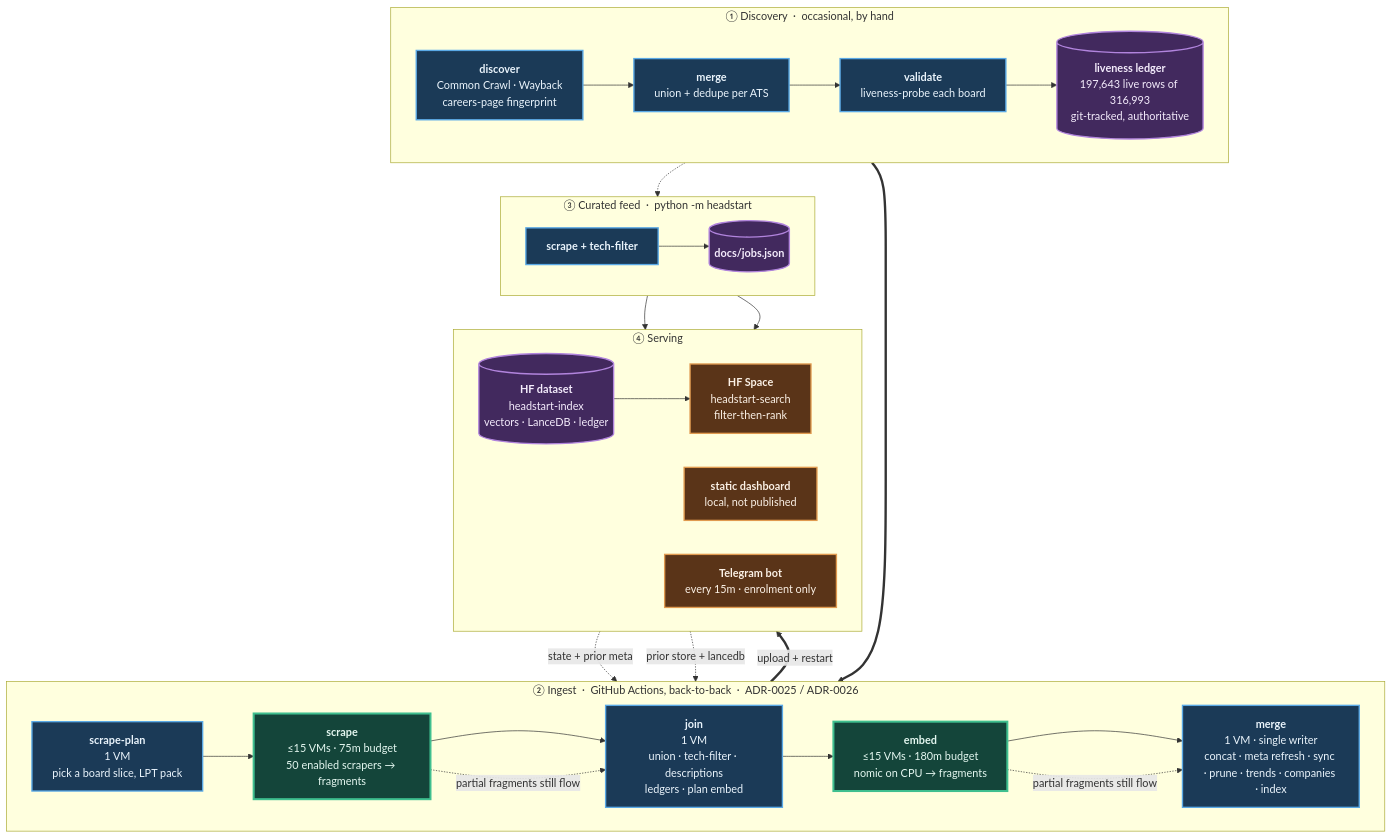
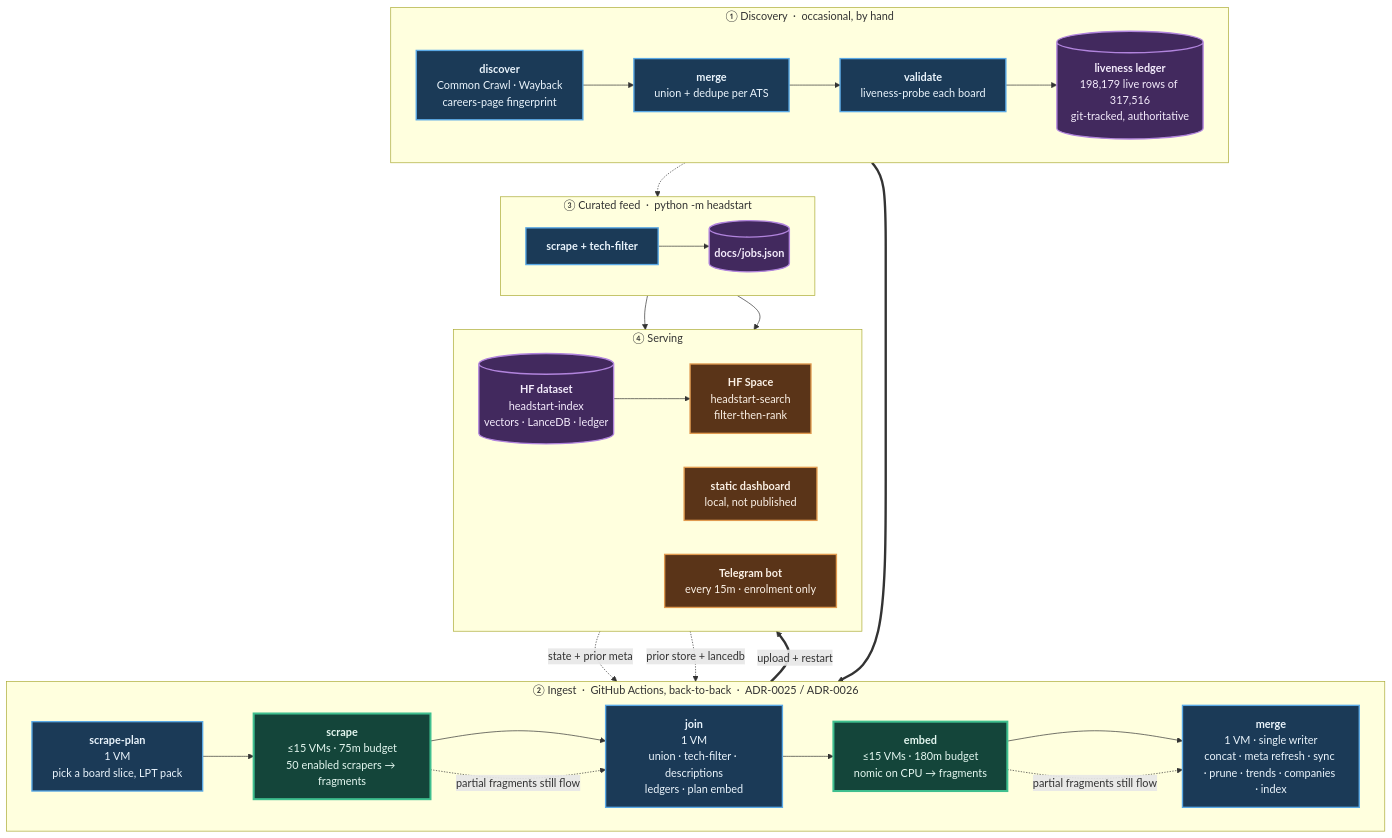
One commit to sarthakjain004/headstart changed the diagram in README.md. Above: the diagram before and after it, drawn with Mermaid. The commit also changed other lines of this file and 28 other files, not shown here.

````diff
--- a/README.md
+++ b/README.md
@@ -185,56 +185,56 @@
 ```mermaid
 flowchart TB
     subgraph D["① Discovery &nbsp;·&nbsp; occasional, by hand"]
         direction LR
         D1["<b>discover</b><br/>Common Crawl · Wayback<br/>careers-page fingerprint"]
         D2["<b>merge</b><br/>union + dedupe per ATS"]
         D3["<b>validate</b><br/>liveness-probe each board"]
-        D4[("<b>liveness ledger</b><br/>197,643 live rows of 316,993<br/>git-tracked, authoritative")]
+        D4[("<b>liveness ledger</b><br/>198,179 live rows of 317,516<br/>git-tracked, authoritative")]
         D1 --> D2 --> D3 --> D4
     end
 
     subgraph P["② Ingest &nbsp;·&nbsp; GitHub Actions, back-to-back &nbsp;·&nbsp; ADR-0025 / ADR-0026"]
         direction LR
         P1["<b>scrape-plan</b><br/>1 VM<br/>pick a board slice, LPT pack"]
         P2["<b>scrape</b><br/>≤15 VMs · 75m budget<br/>50 enabled scrapers → fragments"]
         P3["<b>join</b><br/>1 VM<br/>union · tech-filter · descriptions<br/>ledgers · plan embed"]
         P4["<b>embed</b><br/>≤15 VMs · 180m budget<br/>nomic on CPU → fragments"]
         P5["<b>merge</b><br/>1 VM · single writer<br/>concat · meta refresh · sync · prune · trends · companies · index"]
         P1 --> P2 --> P3 --> P4 --> P5
     end
 
     subgraph F["③ Curated feed &nbsp;·&nbsp; python -m headstart"]
         direction LR
         F1["<b>scrape + tech-filter</b>"]
         F2[("<b>docs/jobs.json</b>")]
         F1 --> F2
     end
 
     subgraph S["④ Serving"]
         direction LR
         S1[("<b>HF dataset</b><br/>headstart-index<br/>vectors · LanceDB · ledger")]
         S2["<b>HF Space</b><br/>headstart-search<br/>filter-then-rank"]
         S3["<b>static dashboard</b><br/>local, not published"]
         S4["<b>Telegram bot</b><br/>every 15m · enrolment only"]
         S1 --> S2
     end
 
     D4 ==> P1
     S1 -. "state + prior meta" .-> P1
     S1 -. "prior store + lancedb" .-> P5
     D4 -.-> F1
     P5 ==>|"upload + restart"| S1
     F2 --> S3
     F2 --> S4
     P2 -. "partial fragments still flow" .-> P3
     P4 -. "partial fragments still flow" .-> P5
 
     classDef serial fill:#1b3a57,stroke:#5aa9e6,stroke-width:2px,color:#eaf4fc
     classDef fan fill:#14453a,stroke:#3fbf8f,stroke-width:3px,color:#e4f7f0
     classDef store fill:#42295e,stroke:#b184dd,stroke-width:2px,color:#f4ecfc
     classDef serve fill:#5a3418,stroke:#e09a4f,stroke-width:2px,color:#fbf1e6
     class D1,D2,D3,P1,P3,P5,F1 serial
     class P2,P4 fan
     class D4,F2,S1 store
     class S2,S3,S4 serve
 ```
````
